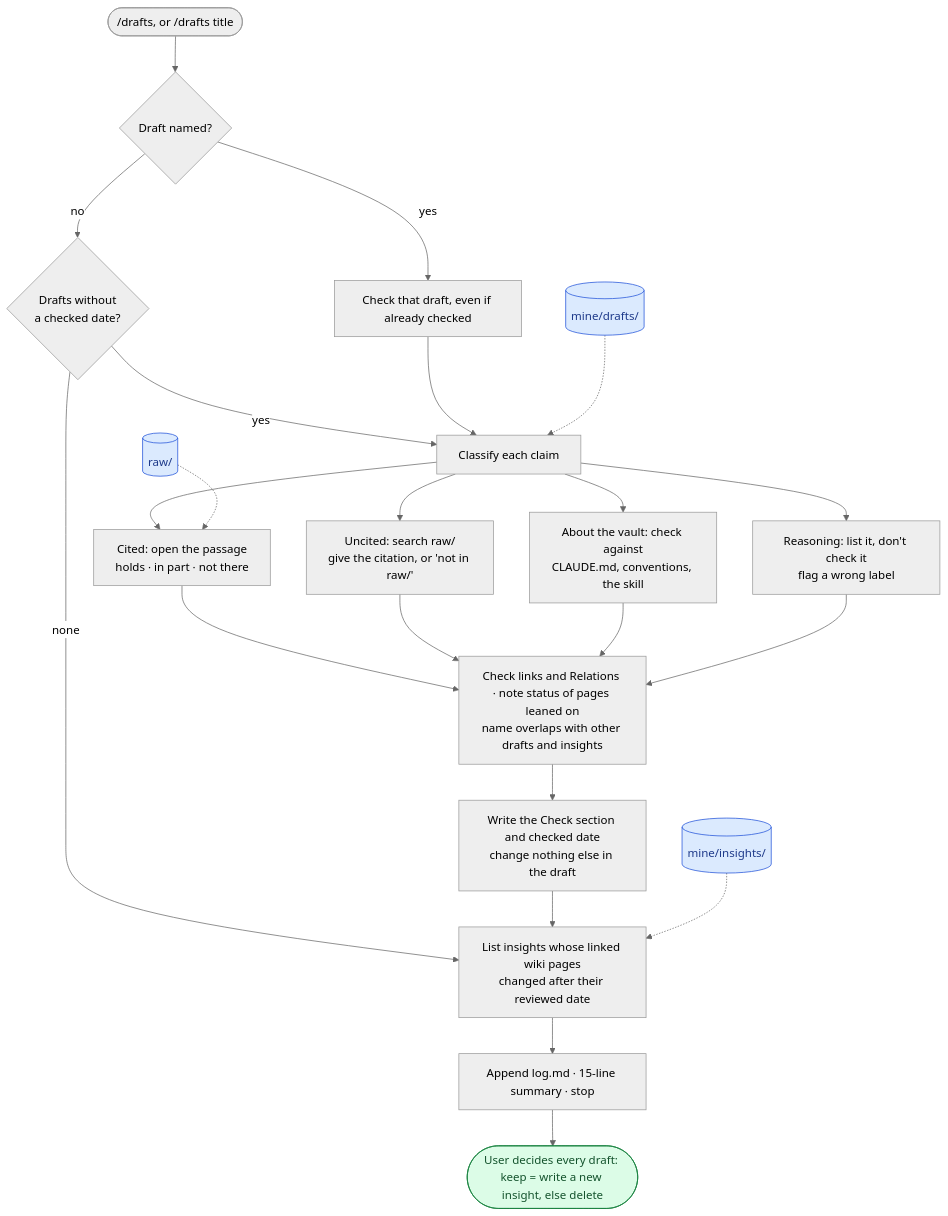
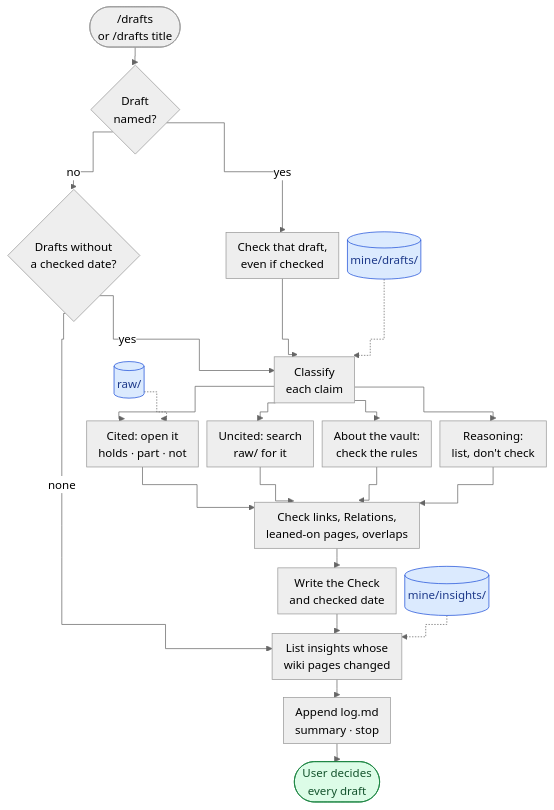
Before and after one commit to quocnguyen13/second-brain: the tenth of 16 diagrams in mine/projects/thinking-system/23 Product Requirements.md, drawn with Mermaid (neutral theme). The commit also changed other lines of this file and 5 other files, not shown here.

````diff
--- a/mine/projects/thinking-system/23 Product Requirements.md
+++ b/mine/projects/thinking-system/23 Product Requirements.md
@@ -656,28 +717,29 @@
 ```mermaid
+%%{init: {"flowchart": {"curve": "step", "useMaxWidth": true, "nodeSpacing": 12, "rankSpacing": 25, "padding": 8, "subGraphTitleMargin": {"top": 4, "bottom": 8}}}}%%
 flowchart TD
-    A(["/drafts, or /drafts title"]) --> B{"Draft named?"}
-    B -->|"yes"| C["Check that draft, even if already checked"]
+    A(["/drafts<br/>or /drafts title"]) --> B{"Draft<br/>named?"}
+    B -->|"yes"| C["Check that draft,<br/>even if checked"]
     B -->|"no"| D{"Drafts without<br/>a checked date?"}
     D -->|"none"| R
     D -->|"yes"| F
-    C --> F["Classify each claim"]
-    F --> F1["Cited: open the passage<br/>holds · in part · not there"]
-    F --> F2["Uncited: search raw/<br/>give the citation, or 'not in raw/'"]
-    F --> F3["About the vault: check against<br/>CLAUDE.md, conventions, the skill"]
-    F --> F4["Reasoning: list it, don't check it<br/>flag a wrong label"]
+    C --> F["Classify<br/>each claim"]
+    F --> F1["Cited: open it<br/>holds · part · not"]
+    F --> F2["Uncited: search<br/>raw/ for it"]
+    F --> F3["About the vault:<br/>check the rules"]
+    F --> F4["Reasoning:<br/>list, don't check"]
     F1 --> G
     F2 --> G
     F3 --> G
-    F4 --> G["Check links and Relations · note status of pages leaned on<br/>name overlaps with other drafts and insights"]
-    G --> H["Write the Check section and checked date<br/>change nothing else in the draft"]
-    H --> R["List insights whose linked wiki pages<br/>changed after their reviewed date"]
-    R --> S["Append log.md · 15-line summary · stop"]
-    S --> T(["User decides every draft: keep = write a new insight, else delete"])
+    F4 --> G["Check links, Relations,<br/>leaned-on pages, overlaps"]
+    G --> H["Write the Check<br/>and checked date"]
+    H --> R["List insights whose<br/>wiki pages changed"]
+    R --> S["Append log.md<br/>summary · stop"]
+    S --> T(["User decides<br/>every draft"])
     DR[("mine/drafts/")] -.-> F
     RW[("raw/")] -.-> F1
     IN[("mine/insights/")] -.-> R
     classDef user fill:#dcfce7,stroke:#15803d,color:#14532d
     classDef store fill:#dbeafe,stroke:#1d4ed8,color:#1e3a8a
     class T user
     class DR,RW,IN store
 ```
````
